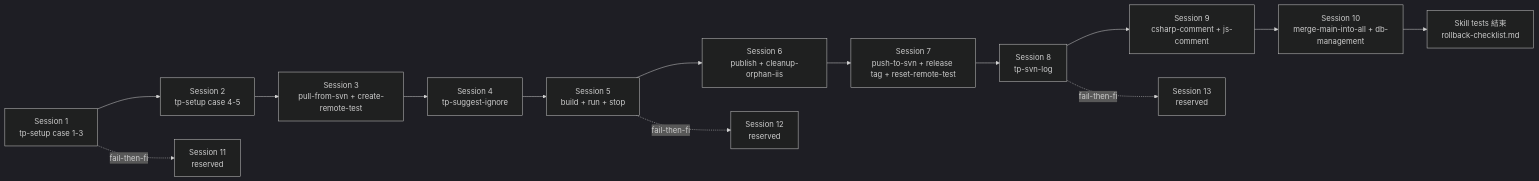
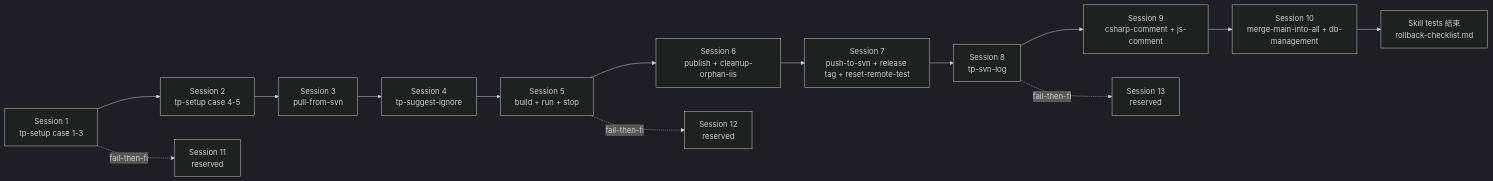
One commit to Bryant-Tang/turbo-plugins-claude changed the diagram in plugins/turbo-plugin/tests/docs/skill-tests-session-plan.md. Above: the diagram before and after it, drawn with Mermaid (dark theme). The commit also changed other lines of this file and 16 other files, not shown here.

First line of the commit message:
feat(turbo-plugin): U9 — 首推自動建 bridge + 移除 tp-create-remote-test

````diff
--- a/plugins/turbo-plugin/tests/docs/skill-tests-session-plan.md
+++ b/plugins/turbo-plugin/tests/docs/skill-tests-session-plan.md
@@ -153,16 +152,16 @@
 ```mermaid
 flowchart LR
   S1[Session 1<br>tp-setup case 1-3] --> S2[Session 2<br>tp-setup case 4-5]
-  S2 --> S3[Session 3<br>pull-from-svn + create-remote-test]
+  S2 --> S3[Session 3<br>pull-from-svn]
   S3 --> S4[Session 4<br>tp-suggest-ignore]
   S4 --> S5[Session 5<br>build + run + stop]
   S5 --> S6[Session 6<br>publish + cleanup-orphan-iis]
   S6 --> S7[Session 7<br>push-to-svn + release tag + reset-remote-test]
   S7 --> S8[Session 8<br>tp-svn-log]
   S8 --> S9[Session 9<br>csharp-comment + js-comment]
   S9 --> S10b[Session 10<br>merge-main-into-all + db-management]
   S10b --> RB["Skill tests 結束<br>rollback-checklist.md"]
   S1 -.fail-then-fix.-> S11[Session 11<br>reserved]
   S5 -.fail-then-fix.-> S12[Session 12<br>reserved]
   S8 -.fail-then-fix.-> S13[Session 13<br>reserved]
 ```
````
